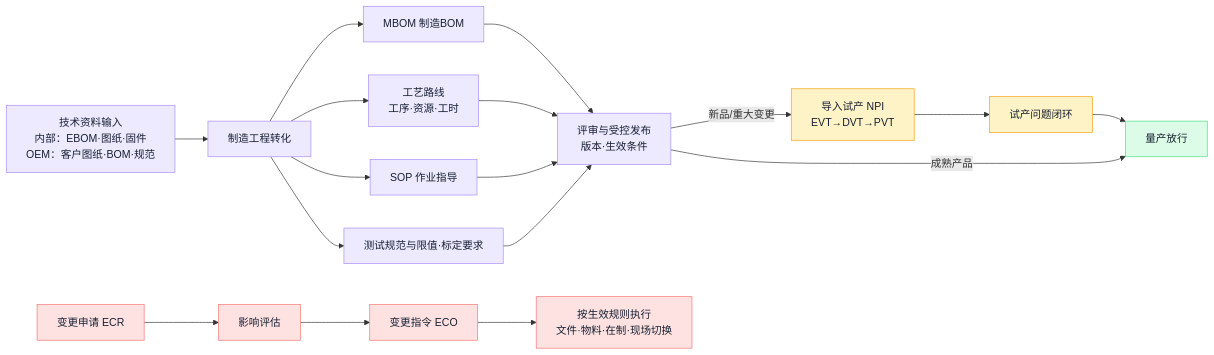
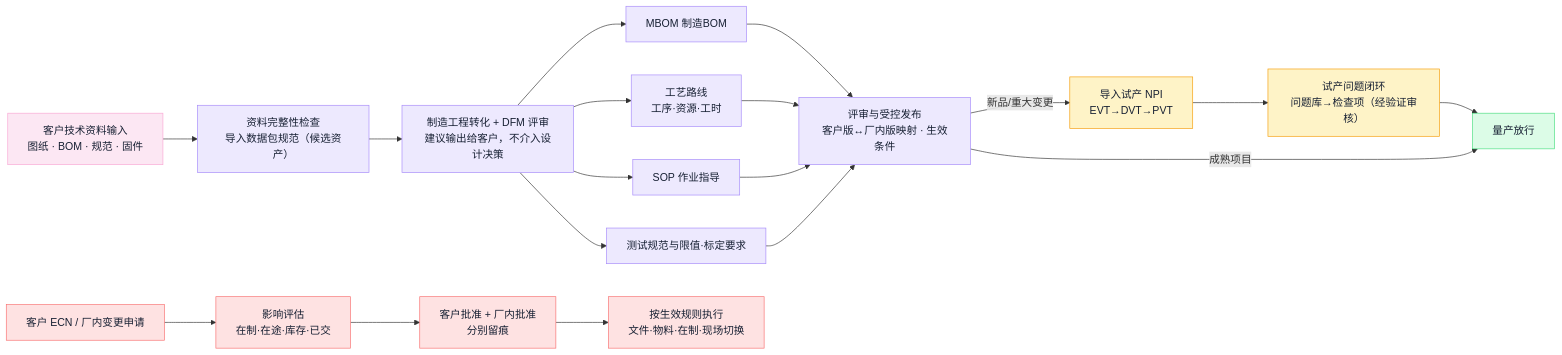
The ninth of 18 diagrams in docs/manufacturing-system-handbook.md (ink-hz/AI-Manufacturing-Platform), drawn with Mermaid before and after one commit. The commit also changed other lines of this file and 9 other files, not shown here.

First line of the commit message:
docs: OEM revision of handbook, architecture, flows and design document

````diff
--- a/docs/manufacturing-system-handbook.md
+++ b/docs/manufacturing-system-handbook.md
@@ -351,21 +562,24 @@
 ```mermaid
 flowchart LR
-    A[技术资料输入<br/>内部：EBOM·图纸·固件<br/>OEM：客户图纸·BOM·规范] --> B[制造工程转化]
-    B --> B1[MBOM 制造BOM]
-    B --> B2[工艺路线<br/>工序·资源·工时]
-    B --> B3[SOP 作业指导]
-    B --> B4[测试规范与限值·标定要求]
-    B1 & B2 & B3 & B4 --> C[评审与受控发布<br/>版本·生效条件]
-    C -->|新品/重大变更| D[导入试产 NPI<br/>EVT→DVT→PVT]
-    D --> E[试产问题闭环] --> F[量产放行]
-    C -->|成熟产品| F
-    G[变更申请 ECR] --> H[影响评估] --> I[变更指令 ECO] --> J[按生效规则执行<br/>文件·物料·在制·现场切换]
-    class A,B,B1,B2,B3,B4,C eng
+    A["客户技术资料输入<br/>图纸 · BOM · 规范 · 固件"] --> A1["资料完整性检查<br/>导入数据包规范（候选资产）"]
+    A1 --> B["制造工程转化 + DFM 评审<br/>建议输出给客户，不介入设计决策"]
+    B --> B1["MBOM 制造BOM"]
+    B --> B2["工艺路线<br/>工序·资源·工时"]
+    B --> B3["SOP 作业指导"]
+    B --> B4["测试规范与限值·标定要求"]
+    B1 & B2 & B3 & B4 --> C["评审与受控发布<br/>客户版↔厂内版映射 · 生效条件"]
+    C -->|"新品/重大变更"| D["导入试产 NPI<br/>EVT→DVT→PVT"]
+    D --> E["试产问题闭环<br/>问题库→检查项（经验证审核）"] --> F["量产放行"]
+    C -->|"成熟项目"| F
+    G["客户 ECN / 厂内变更申请"] --> H["影响评估<br/>在制·在途·库存·已交"] --> I["客户批准 + 厂内批准<br/>分别留痕"] --> J["按生效规则执行<br/>文件·物料·在制·现场切换"]
+    class A cust
+    class A1,B,B1,B2,B3,B4,C eng
     class D,E qa
     class F exec
     class G,H,I,J risk
+    classDef cust fill:#FCE7F3,stroke:#F9A8D4,color:#172033;
     classDef eng fill:#EDE9FE,stroke:#A78BFA,color:#172033;
     classDef qa fill:#FEF3C7,stroke:#F59E0B,color:#172033;
     classDef exec fill:#DCFCE7,stroke:#4ADE80,color:#172033;
     classDef risk fill:#FEE2E2,stroke:#F87171,color:#172033;
 ```
````
